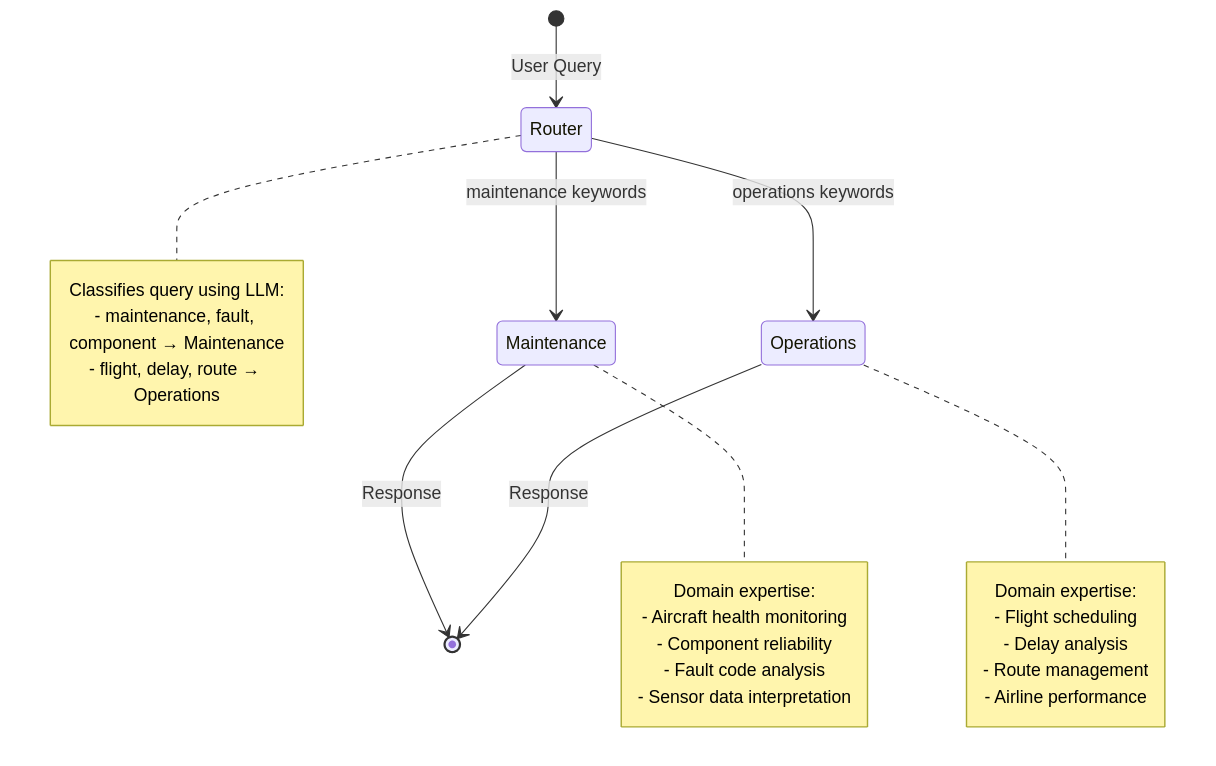
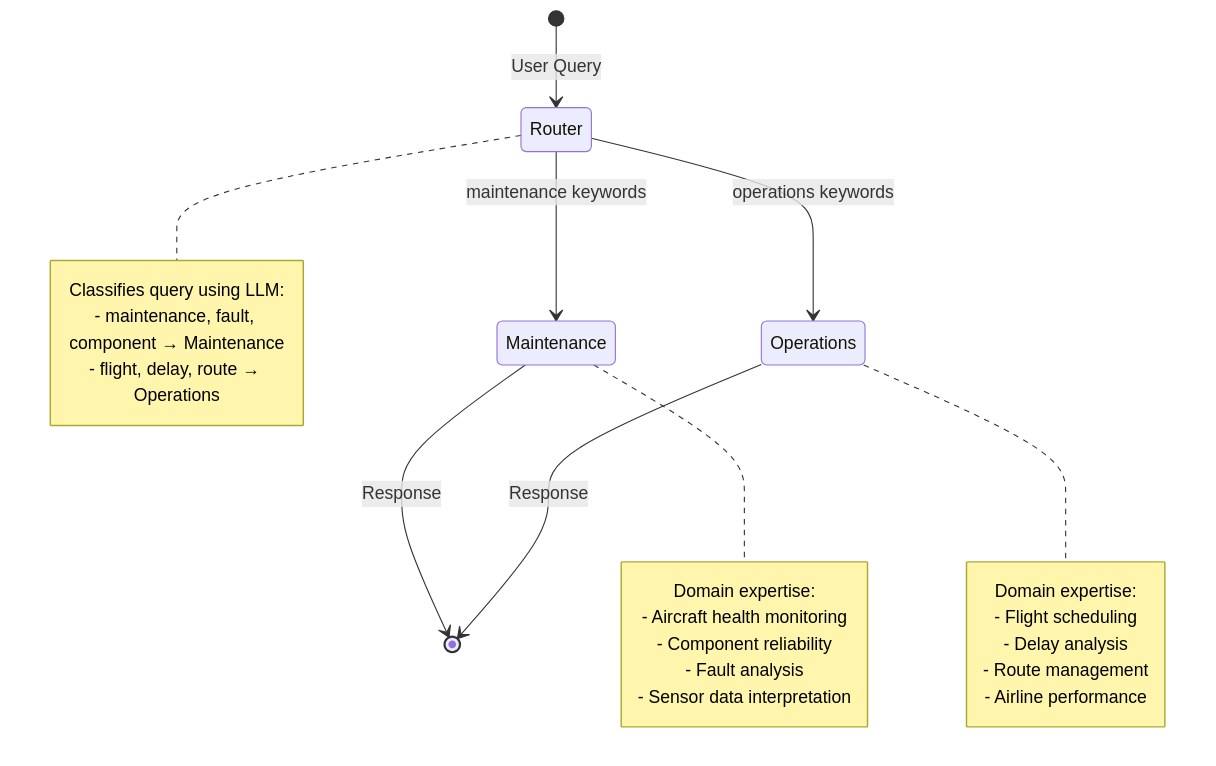
Before and after one commit to neo4j-partners/aws-starter: the eighth of 10 diagrams in docs/ARCHITECTURE.md, drawn with Mermaid. The commit also changed 27 other files, not shown here.

````diff
--- a/docs/ARCHITECTURE.md
+++ b/docs/ARCHITECTURE.md
@@ -472,30 +472,30 @@
 ```mermaid
 stateDiagram-v2
     [*] --> Router: User Query
     Router --> Maintenance: maintenance keywords
     Router --> Operations: operations keywords
     Maintenance --> [*]: Response
     Operations --> [*]: Response
 
     note right of Router
         Classifies query using LLM:
         - maintenance, fault, component → Maintenance
         - flight, delay, route → Operations
     end note
 
     note right of Maintenance
         Domain expertise:
         - Aircraft health monitoring
         - Component reliability
-        - Fault code analysis
+        - Fault analysis
         - Sensor data interpretation
     end note
 
     note right of Operations
         Domain expertise:
         - Flight scheduling
         - Delay analysis
         - Route management
         - Airline performance
     end note
 ```
````
